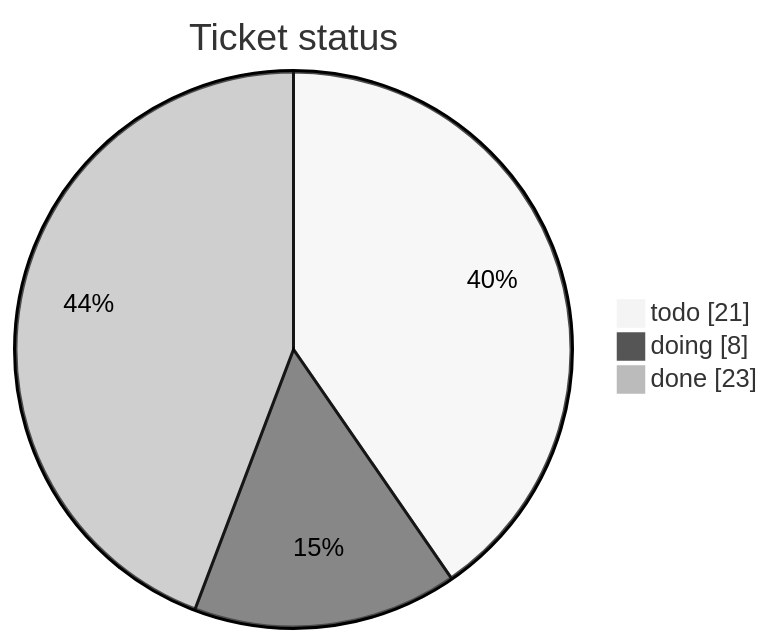
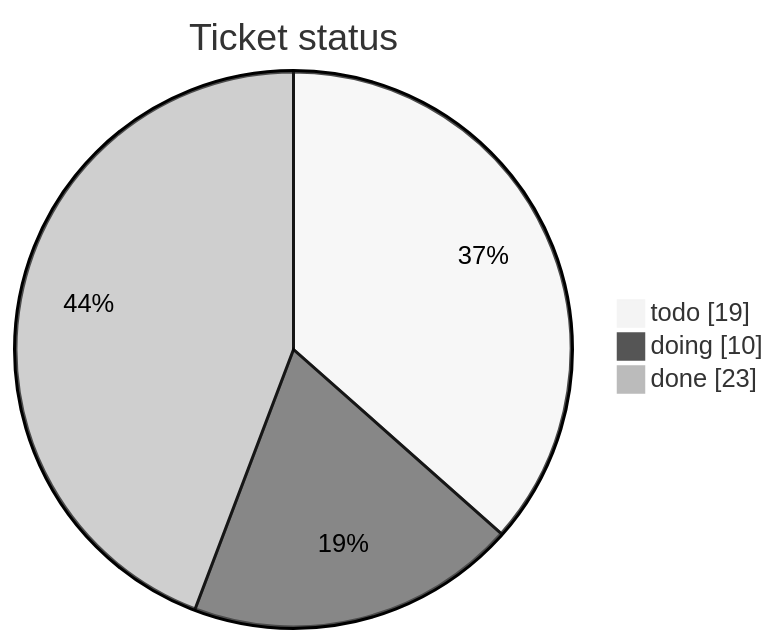
One commit to mohamed-soubhi/bootlab-esp changed the first of 3 diagrams in tickets/TICKETS.md. Above: the diagram before and after it, drawn with Mermaid (neutral theme). The commit also changed other lines of this file and 6 other files, not shown here.

````diff
--- a/tickets/TICKETS.md
+++ b/tickets/TICKETS.md
@@ -14,6 +14,6 @@
 ```mermaid
 pie showData title Ticket status
-    "todo" : 21
-    "doing" : 8
+    "todo" : 19
+    "doing" : 10
     "done" : 23
 ```
````
